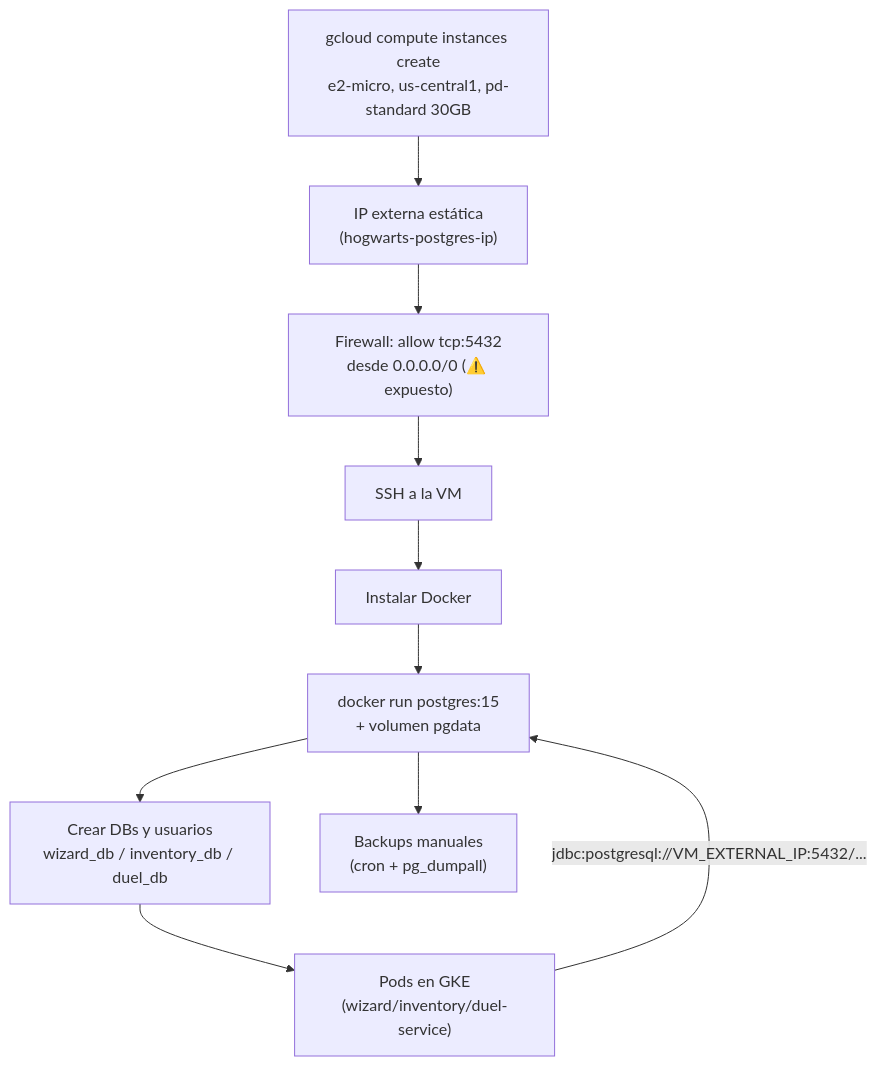
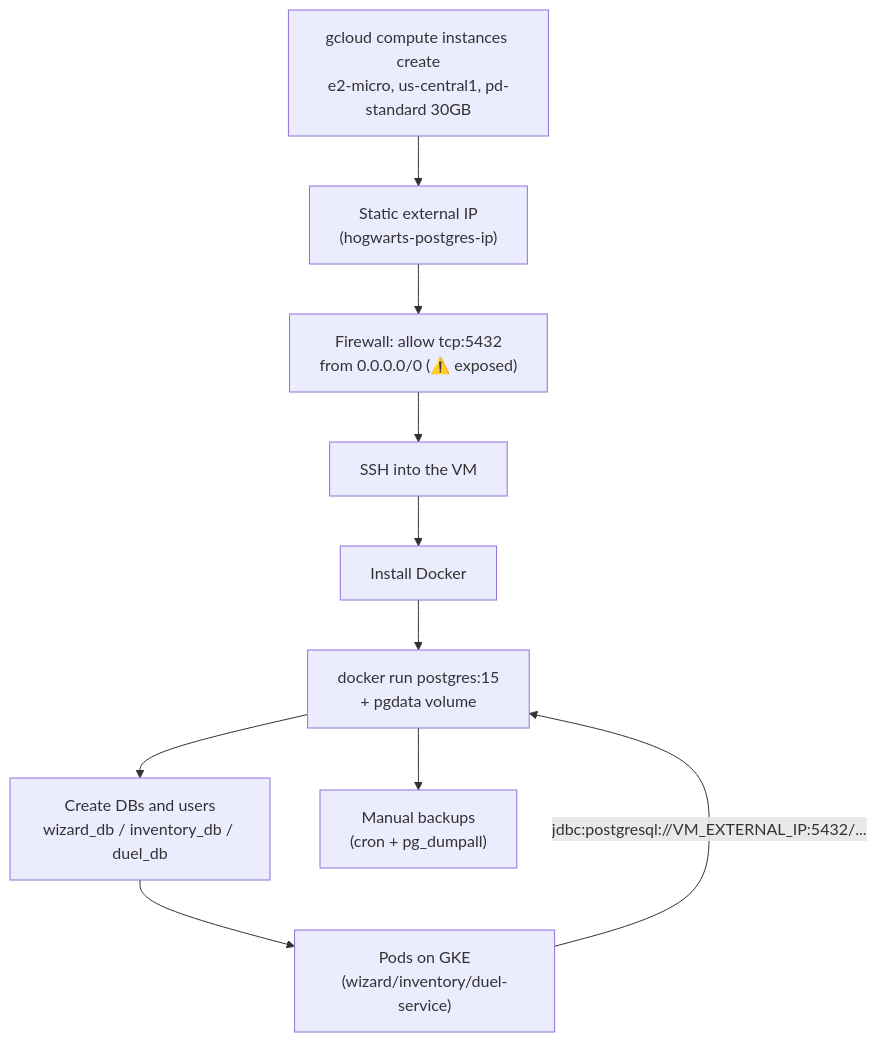
Before and after one commit to aabse/hogwarts-backend: the diagram in GKE_GCP_DEPLOYMENT/07_free_postgres_vm_alternative.md, drawn with Mermaid. The commit also changed other lines of this file and 14 other files, not shown here.

````diff
--- a/GKE_GCP_DEPLOYMENT/07_free_postgres_vm_alternative.md
+++ b/GKE_GCP_DEPLOYMENT/07_free_postgres_vm_alternative.md
@@ -230,12 +230,12 @@
 ```mermaid
 flowchart TD
-    A["gcloud compute instances create<br/>e2-micro, us-central1, pd-standard 30GB"] --> B["IP externa estática<br/>(hogwarts-postgres-ip)"]
-    B --> C["Firewall: allow tcp:5432<br/>desde 0.0.0.0/0 (⚠️ expuesto)"]
-    C --> D["SSH a la VM"]
-    D --> E["Instalar Docker"]
-    E --> F["docker run postgres:15<br/>+ volumen pgdata"]
-    F --> G["Crear DBs y usuarios<br/>wizard_db / inventory_db / duel_db"]
-    G --> H["Pods en GKE<br/>(wizard/inventory/duel-service)"]
+    A["gcloud compute instances create<br/>e2-micro, us-central1, pd-standard 30GB"] --> B["Static external IP<br/>(hogwarts-postgres-ip)"]
+    B --> C["Firewall: allow tcp:5432<br/>from 0.0.0.0/0 (⚠️ exposed)"]
+    C --> D["SSH into the VM"]
+    D --> E["Install Docker"]
+    E --> F["docker run postgres:15<br/>+ pgdata volume"]
+    F --> G["Create DBs and users<br/>wizard_db / inventory_db / duel_db"]
+    G --> H["Pods on GKE<br/>(wizard/inventory/duel-service)"]
     H -->|"jdbc:postgresql://VM_EXTERNAL_IP:5432/..."| F
-    F --> I["Backups manuales<br/>(cron + pg_dumpall)"]
+    F --> I["Manual backups<br/>(cron + pg_dumpall)"]
 ```
````
